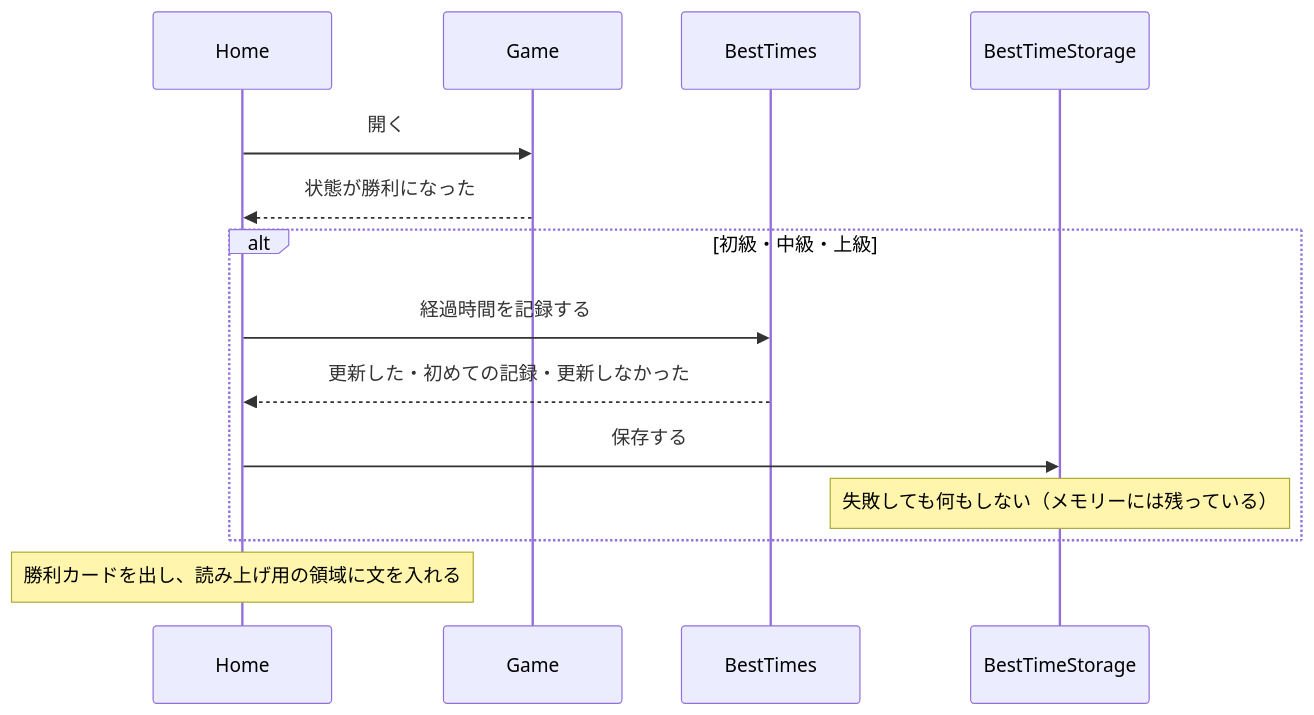
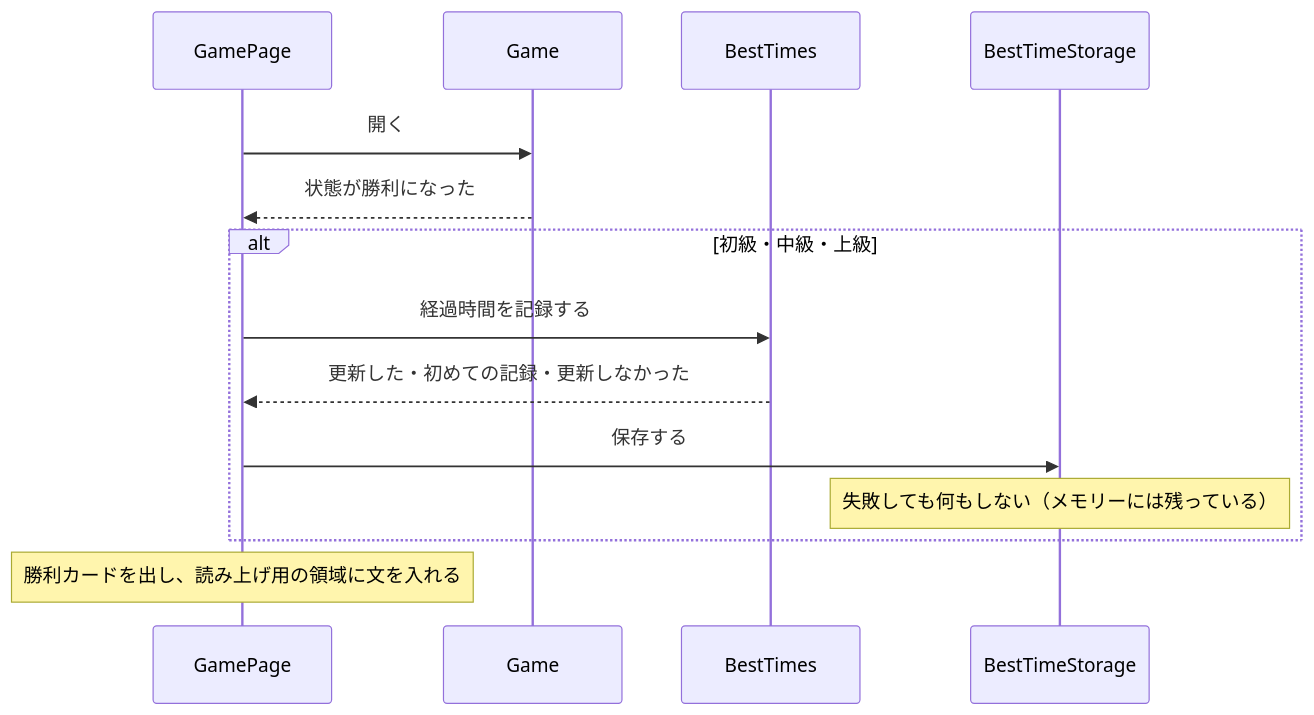
One commit to Fujiwo/Shos.Minesweeper changed the ninth of 10 diagrams in docs/04-architecture.md. Above: the diagram before and after it, drawn with Mermaid. The commit also changed other lines of this file and 4 other files, not shown here.

````diff
--- a/docs/04-architecture.md
+++ b/docs/04-architecture.md
@@ -317,16 +348,16 @@
 ```mermaid
 sequenceDiagram
-    participant Home
+    participant GamePage
     participant Game
     participant BT as BestTimes
     participant BTS as BestTimeStorage
-    Home->>Game: 開く
-    Game-->>Home: 状態が勝利になった
+    GamePage->>Game: 開く
+    Game-->>GamePage: 状態が勝利になった
     alt 初級・中級・上級
-        Home->>BT: 経過時間を記録する
-        BT-->>Home: 更新した・初めての記録・更新しなかった
-        Home->>BTS: 保存する
+        GamePage->>BT: 経過時間を記録する
+        BT-->>GamePage: 更新した・初めての記録・更新しなかった
+        GamePage->>BTS: 保存する
         Note over BTS: 失敗しても何もしない（メモリーには残っている）
     end
-    Note over Home: 勝利カードを出し、読み上げ用の領域に文を入れる
+    Note over GamePage: 勝利カードを出し、読み上げ用の領域に文を入れる
 ```
````
